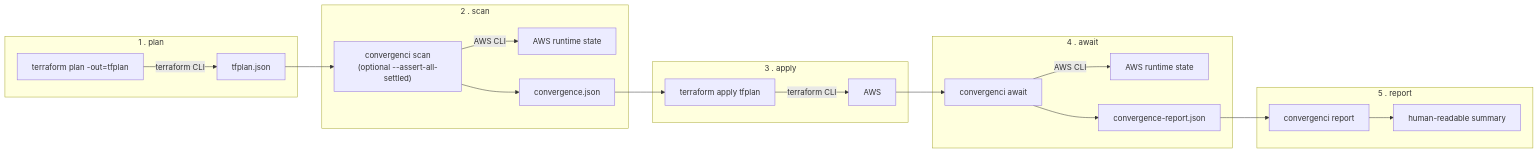
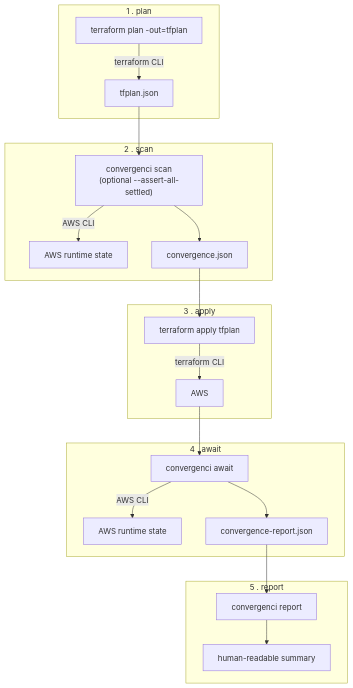
The diagram in README.md (iilei/convergenci), drawn with Mermaid before and after one commit.

Commit message:
docs: switch README workflow diagram to top-to-bottom layout

````diff
--- a/README.md
+++ b/README.md
@@ -17,29 +17,29 @@
 ```mermaid
-flowchart LR
+flowchart TD
     subgraph P1["1 . plan"]
         A["terraform plan -out=tfplan"] -->|"terraform CLI"| A2["tfplan.json"]
     end
 
     subgraph P2["2 . scan"]
         B["convergenci scan\n(optional --assert-all-settled)"] -->|"AWS CLI"| B2["AWS runtime state"]
         B --> C["convergence.json"]
     end
 
     subgraph P3["3 . apply"]
         D["terraform apply tfplan"] -->|"terraform CLI"| D2["AWS"]
     end
 
     subgraph P4["4 . await"]
         E["convergenci await"] -->|"AWS CLI"| E2["AWS runtime state"]
         E --> F["convergence-report.json"]
     end
 
     subgraph P5["5 . report"]
         G["convergenci report"] --> H["human-readable summary"]
     end
 
     A2 --> B
     C --> D
     D2 --> E
     F --> G
 ```
````
